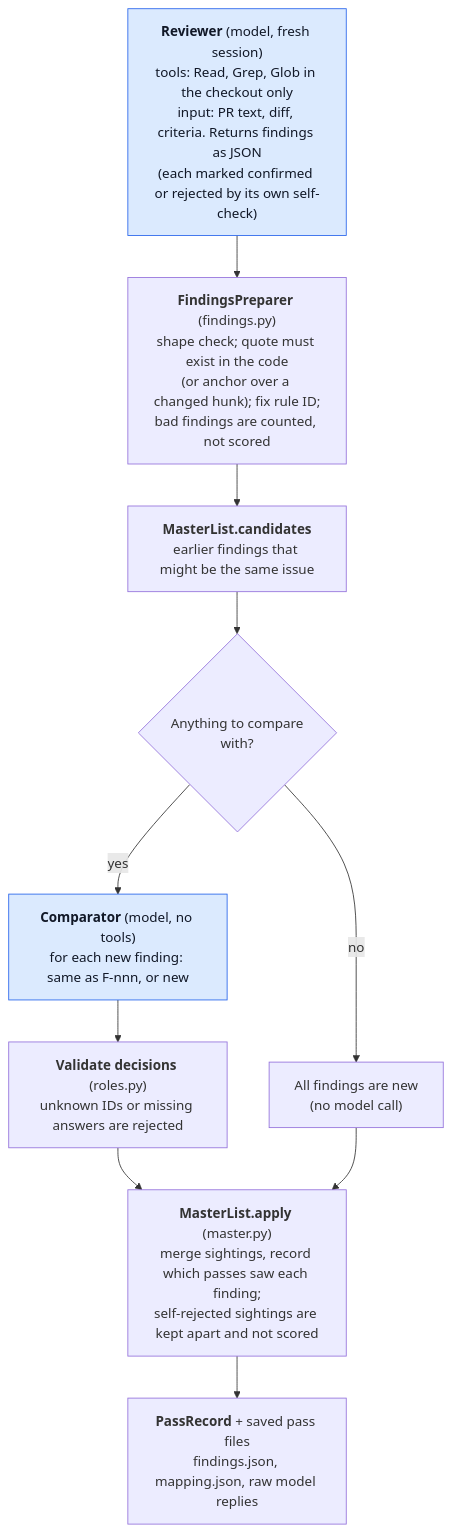
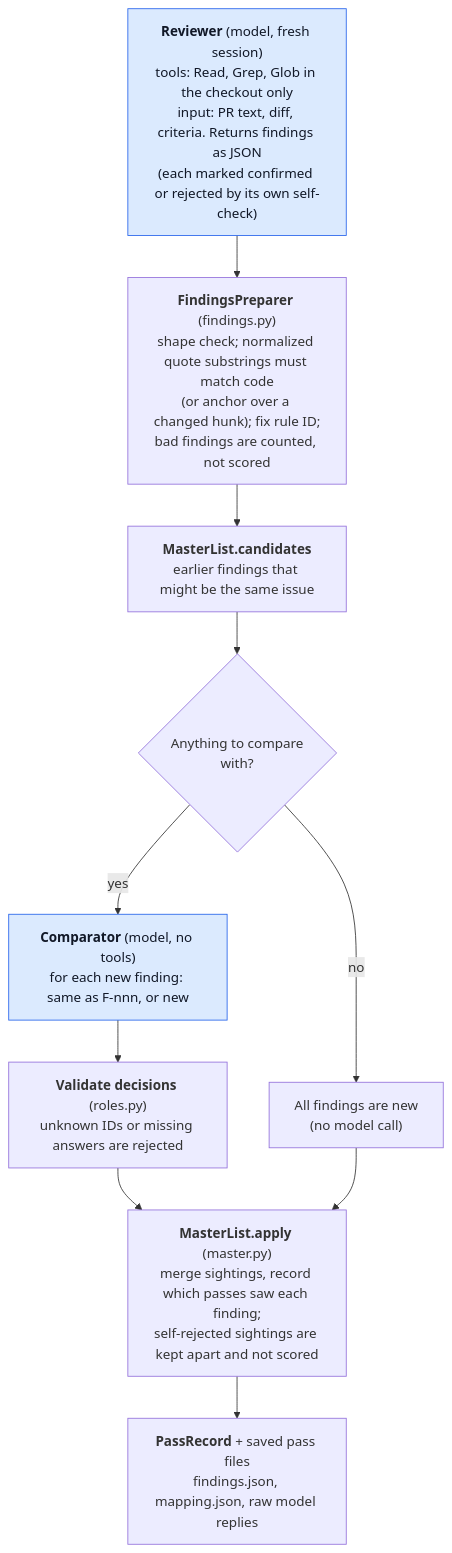
Before and after one commit to sskelkar/code-reviewer: the second of 2 diagrams in docs/architecture.md, drawn with Mermaid. The commit also changed other lines of this file and 27 other files, not shown here.

Commit message:
Implement connected VM sandbox pilot and synchronize architecture docs

````diff
--- a/docs/architecture.md
+++ b/docs/architecture.md
@@ -90,19 +96,19 @@
 ```mermaid
 flowchart TD
     A["<b>Reviewer</b> (model, fresh session)<br/>tools: Read, Grep, Glob in the checkout only<br/>input: PR text, diff, criteria. Returns findings as JSON<br/>(each marked confirmed or rejected by its own self-check)"]
-    B["<b>FindingsPreparer</b> (findings.py)<br/>shape check; quote must exist in the code<br/>(or anchor over a changed hunk); fix rule ID;<br/>bad findings are counted, not scored"]
+    B["<b>FindingsPreparer</b> (findings.py)<br/>shape check; normalized quote substrings must match code<br/>(or anchor over a changed hunk); fix rule ID;<br/>bad findings are counted, not scored"]
     C["<b>MasterList.candidates</b><br/>earlier findings that might be the same issue"]
     D{"Anything to compare<br/>with?"}
     E["<b>Comparator</b> (model, no tools)<br/>for each new finding: same as F-nnn, or new"]
     F["All findings are new<br/>(no model call)"]
     G["<b>Validate decisions</b> (roles.py)<br/>unknown IDs or missing answers are rejected"]
     H["<b>MasterList.apply</b> (master.py)<br/>merge sightings, record which passes saw each finding;<br/>self-rejected sightings are kept apart and not scored"]
     I["<b>PassRecord</b> + saved pass files<br/>findings.json, mapping.json, raw model replies"]
     A --> B --> C --> D
     D -->|yes| E --> G --> H
     D -->|no| F --> H
     H --> I
 
     classDef model fill:#dbeafe,stroke:#2563eb,color:#111827
     class A,E model
 ```
````
